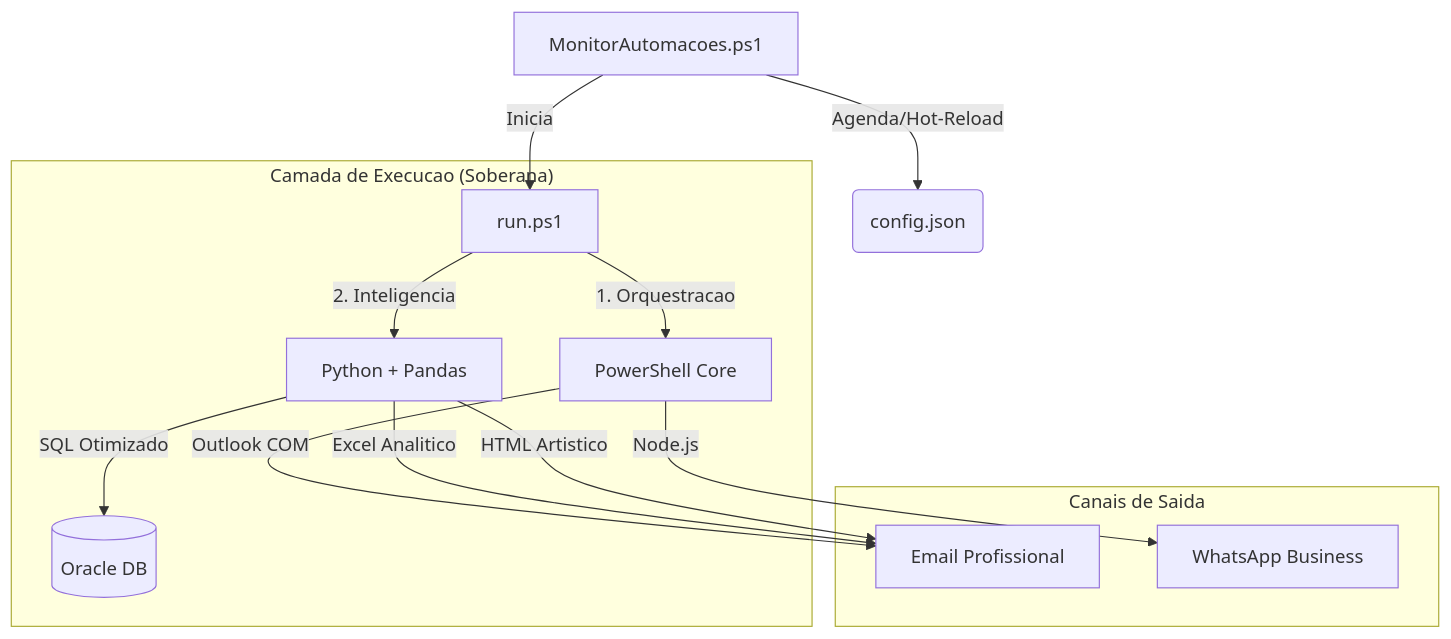
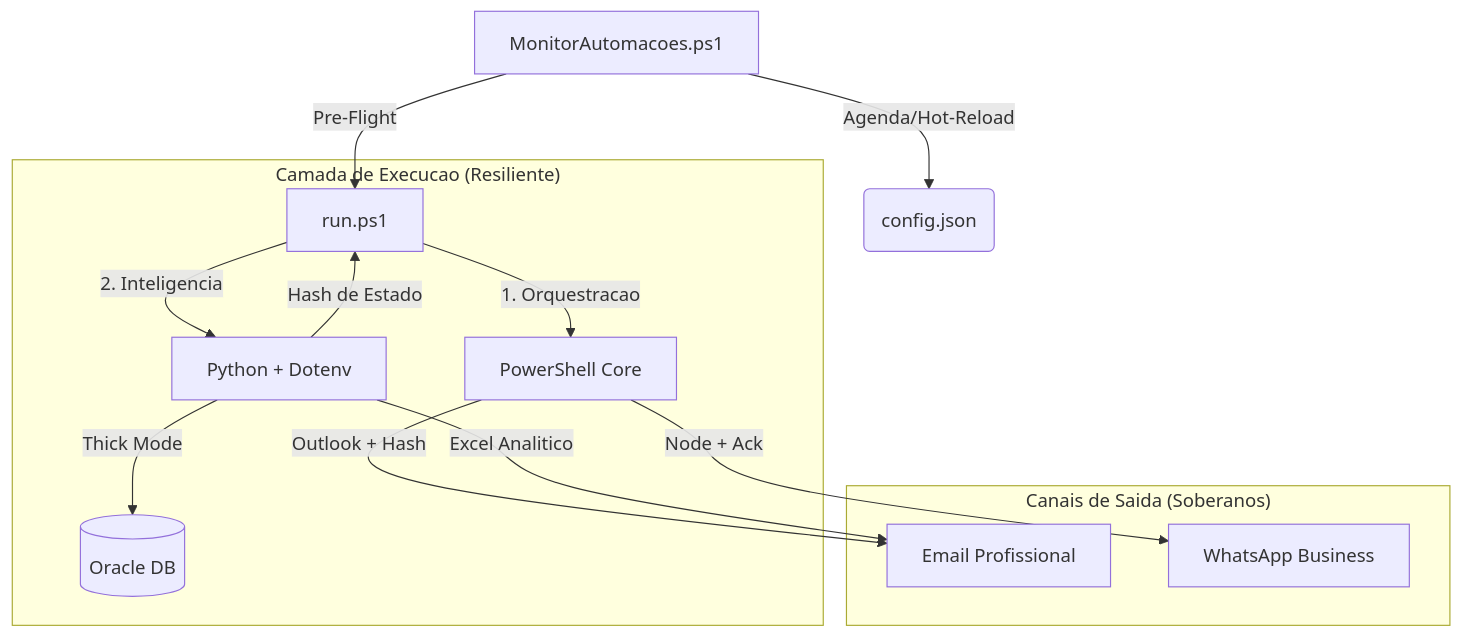
The diagram in README.md (GabrielDiasNN/Automacoes-CR), drawn with Mermaid before and after one commit. The commit also changed other lines of this file and 14 other files, not shown here.

````diff
--- a/README.md
+++ b/README.md
@@ -7,19 +7,19 @@
 ```mermaid
 graph TD
     A[MonitorAutomacoes.ps1] -->|Agenda/Hot-Reload| B(config.json)
-    A -->|Inicia| P[run.ps1]
+    A -->|Pre-Flight| P[run.ps1]
     
-    subgraph "Camada de Execucao (Soberana)"
+    subgraph "Camada de Execucao (Resiliente)"
         P -->|1. Orquestracao| PS[PowerShell Core]
-        P -->|2. Inteligencia| PY[Python + Pandas]
-        PY -->|SQL Otimizado| E[(Oracle DB)]
+        P -->|2. Inteligencia| PY[Python + Dotenv]
+        PY -->|Thick Mode| E[(Oracle DB)]
     end
 
-    subgraph "Canais de Saida"
-        PS -->|Outlook COM| F[Email Profissional]
-        PS -->|Node.js| G[WhatsApp Business]
+    subgraph "Canais de Saida (Soberanos)"
+        PS -->|Outlook + Hash| F[Email Profissional]
+        PS -->|Node + Ack| G[WhatsApp Business]
     end
 
     PY -->|Excel Analitico| F
-    PY -->|HTML Artistico| F
+    PY -->|Hash de Estado| P
 ```
````
